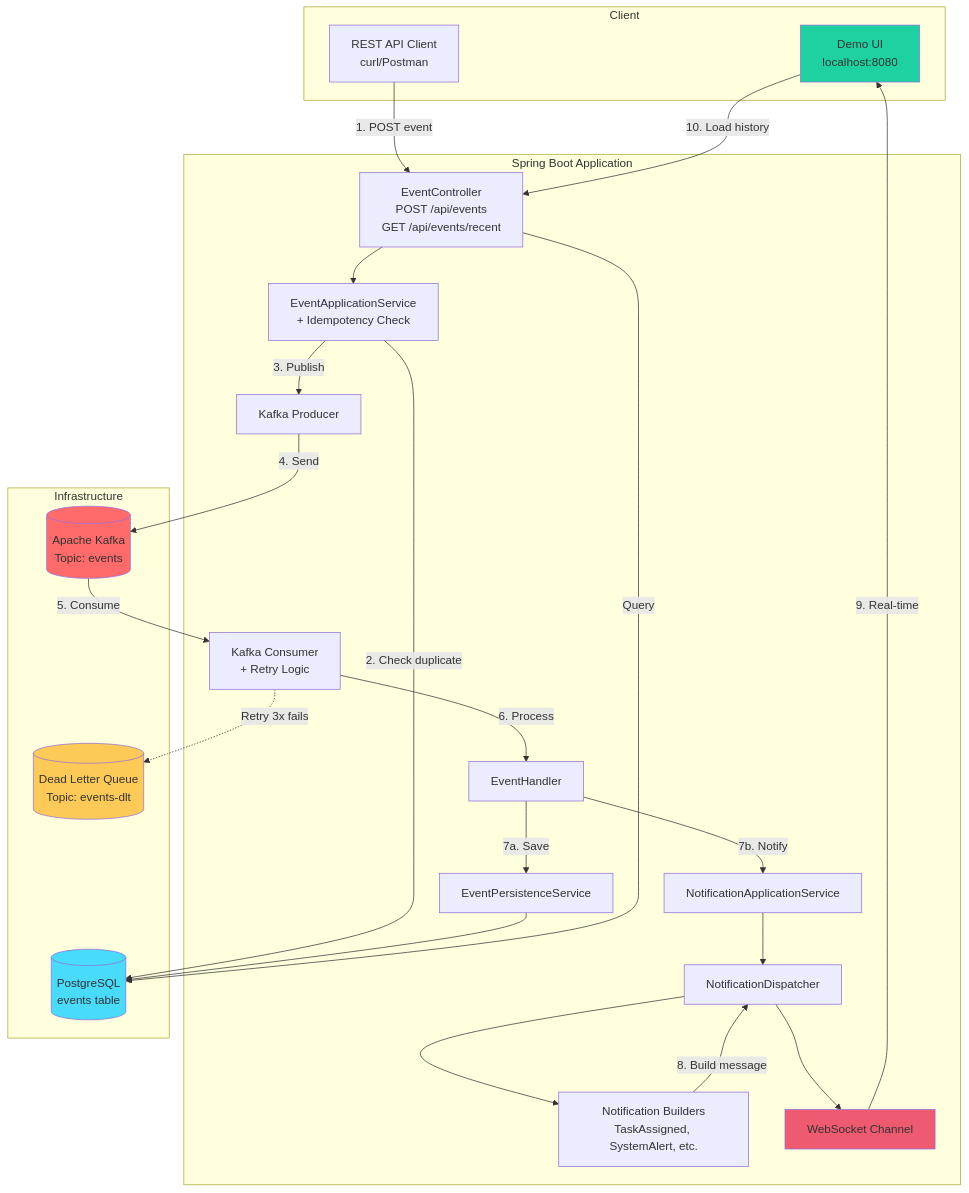
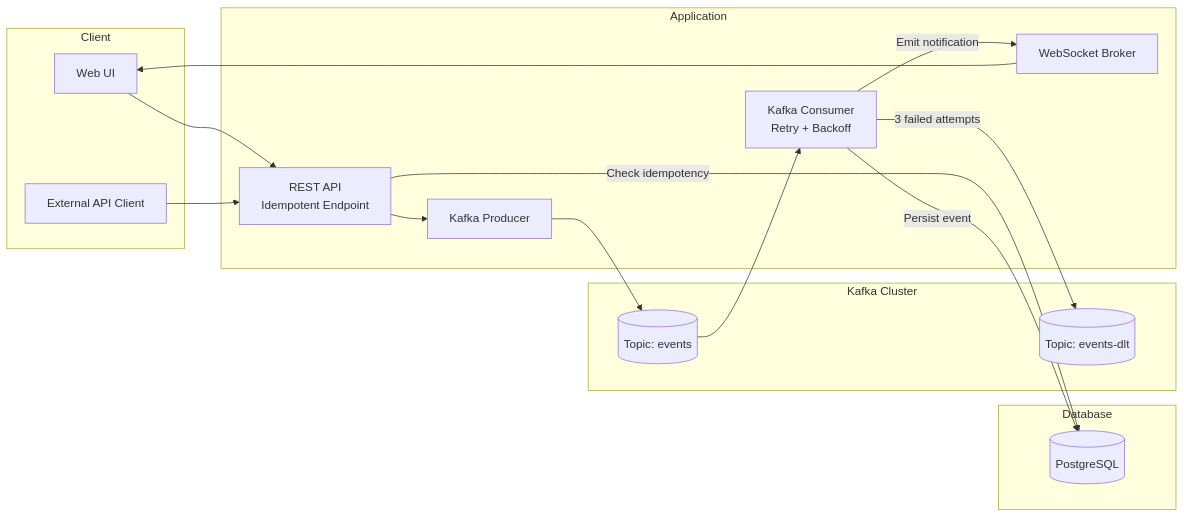
Before and after one commit to micnusz/Event-Driven-Notification-System: the diagram in README.md, drawn with Mermaid.

Commit message:
Update architecture diagram in README.md

`````diff
--- a/README.md
+++ b/README.md
@@ -17,54 +17,41 @@
 ````mermaid
-graph TB
-    subgraph "Client"
-        UI[Demo UI<br/>localhost:8080]
-        API[REST API Client<br/>curl/Postman]
+flowchart LR
+
+    subgraph Client
+        C1[Web UI]
+        C2[External API Client]
     end
-    
-    subgraph "Spring Boot Application"
-        Controller[EventController<br/>POST /api/events<br/>GET /api/events/recent]
-        Service[EventApplicationService<br/>+ Idempotency Check]
+
+    subgraph Application
+        API[REST API<br/>Idempotent Endpoint]
         Producer[Kafka Producer]
-        Consumer[Kafka Consumer<br/>+ Retry Logic]
-        Handler[EventHandler]
-        Persistence[EventPersistenceService]
-        NotifService[NotificationApplicationService]
-        Dispatcher[NotificationDispatcher]
-        Builders[Notification Builders<br/>TaskAssigned, SystemAlert, etc.]
-        WSChannel[WebSocket Channel]
+        Consumer[Kafka Consumer<br/>Retry + Backoff]
+        WS[WebSocket Broker]
     end
-    
-    subgraph "Infrastructure"
-        Kafka[(Apache Kafka<br/>Topic: events)]
-        DLQ[(Dead Letter Queue<br/>Topic: events-dlt)]
-        DB[(PostgreSQL<br/>events table)]
+
+    subgraph Kafka Cluster
+        T1[(Topic: events)]
+        T2[(Topic: events-dlt)]
     end
-    
-    API -->|1. POST event| Controller
-    Controller --> Service
-    Service -->|2. Check duplicate| DB
-    Service -->|3. Publish| Producer
-    Producer -->|4. Send| Kafka
-    
-    Kafka -->|5. Consume| Consumer
-    Consumer -->|6. Process| Handler
-    Handler -->|7a. Save| Persistence
-    Persistence --> DB
-    Handler -->|7b. Notify| NotifService
-    NotifService --> Dispatcher
-    Dispatcher --> Builders
-    Builders -->|8. Build message| Dispatcher
-    Dispatcher --> WSChannel
-    
-    Consumer -.->|Retry 3x fails| DLQ
-    
-    WSChannel -->|9. Real-time| UI
-    UI -->|10. Load history| Controller
-    Controller -->|Query| DB
-    
-    style Kafka fill:#ff6b6b
-    style DLQ fill:#feca57
-    style DB fill:#48dbfb
-    style UI fill:#1dd1a1
-    style WSChannel fill:#ee5a6f
+
+    subgraph Database
+        DB[(PostgreSQL)]
+    end
+
+    C1 --> API
+    C2 --> API
+
+    API -->|Check idempotency| DB
+    API --> Producer
+    Producer --> T1
+
+    T1 --> Consumer
+
+    Consumer -->|Persist event| DB
+    Consumer -->|Emit notification| WS
+
+    Consumer -->|3 failed attempts| T2
+
+    WS --> C1
+
 ````
`````
